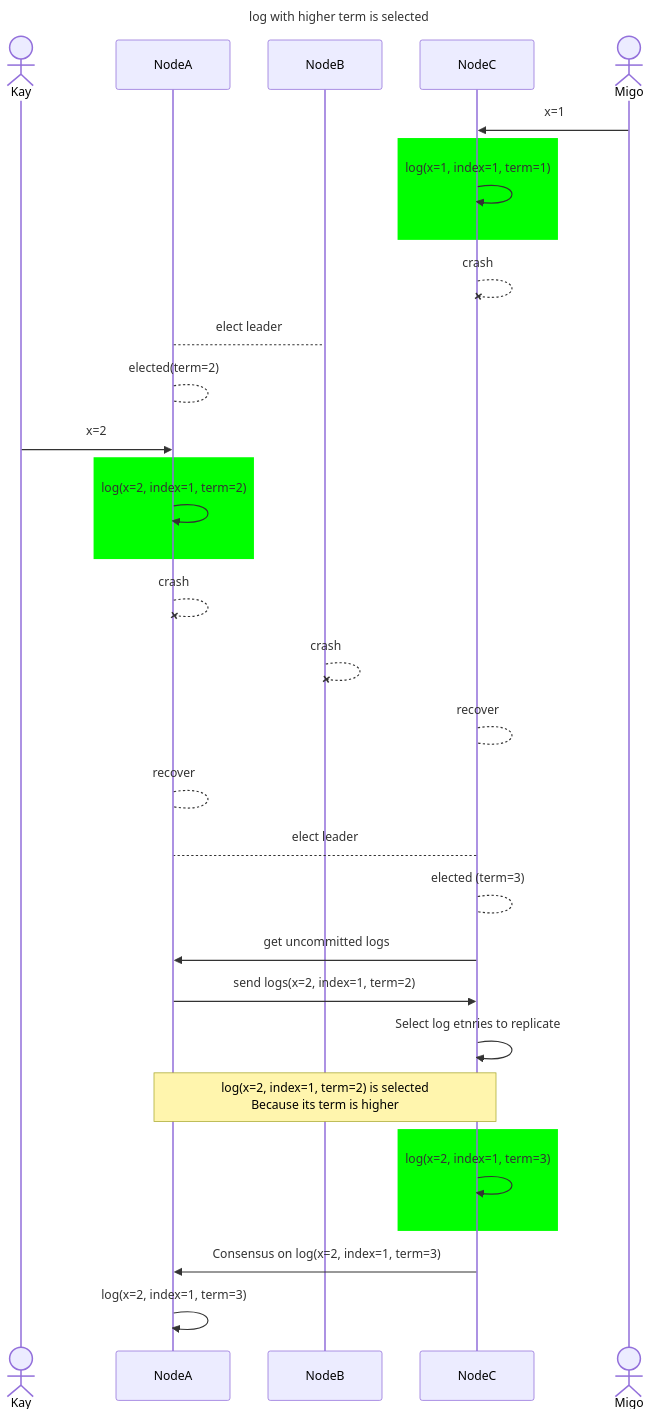
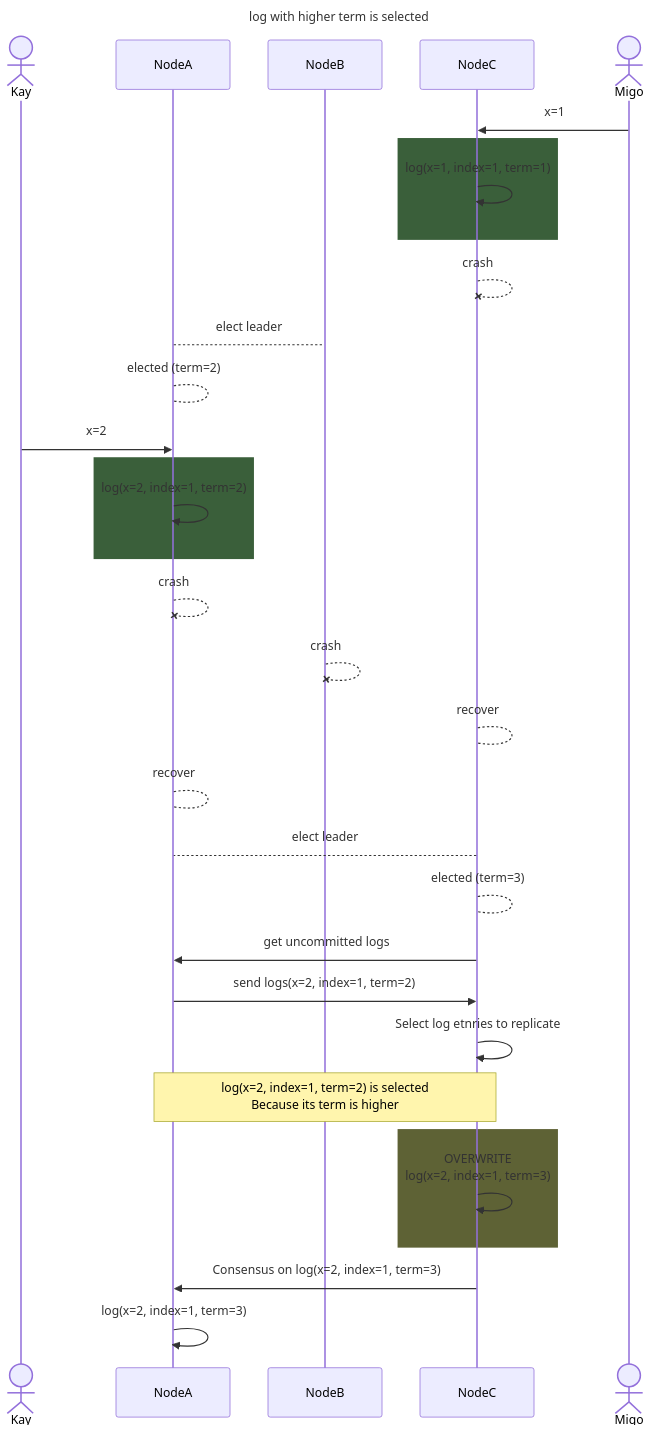
Before and after one commit to Migorithm/duva: the diagram in diagrams/raft(4) - term_enable_conflict_resolution.mmd, drawn with Mermaid.

Commit message:
change color scheme

```diff
--- a/diagrams/raft(4) - term_enable_conflict_resolution.mmd
+++ b/diagrams/raft(4) - term_enable_conflict_resolution.mmd
@@ -1,42 +1,43 @@
 ---
 title : log with higher term is selected
 ---
 sequenceDiagram
     Actor Kay
     participant A as NodeA
     participant B as NodeB
     participant C as NodeC
     Actor Migo
 
     Migo ->> C: x=1
-    rect rgb(0, 255, 0)
+    rect rgb(58, 95, 58)
     C ->>C : log(x=1, index=1, term=1) 
     end
     C --x C : crash 
     
 
     A --> B : elect leader
-    A --> A : elected(term=2)
+    A --> A : elected  (term=2)
+    
     Kay ->> A: x=2
 
-    rect rgb(0, 255, 0)
+    rect rgb(58, 95, 58)
     A ->>A : log(x=2, index=1, term=2) 
     end
     A --x A : crash 
     B --x B : crash
     
     C --> C : recover
     A --> A : recover
 
     C --> A : elect leader
     C --> C : elected (term=3)
     
     C ->> A : get uncommitted logs 
     A ->> C : send logs(x=2, index=1, term=2)
     C ->> C : Select log etnries to replicate 
     Note over A,C : log(x=2, index=1, term=2) is selected<br>Because its term is higher
-    rect rgb(0, 255, 0)
-    C ->> C : log(x=2, index=1, term=3)
+    rect rgb(94, 98, 53)
+    C ->> C : OVERWRITE<br> log(x=2, index=1, term=3)
     end
     C ->> A : Consensus on log(x=2, index=1, term=3)
     A ->> A : log(x=2, index=1, term=3)
```
